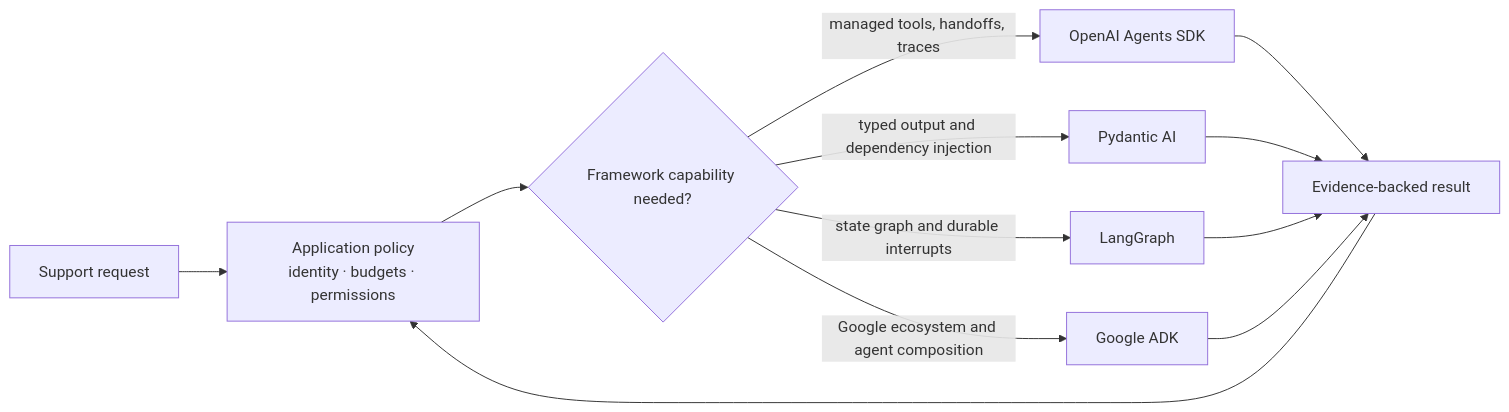
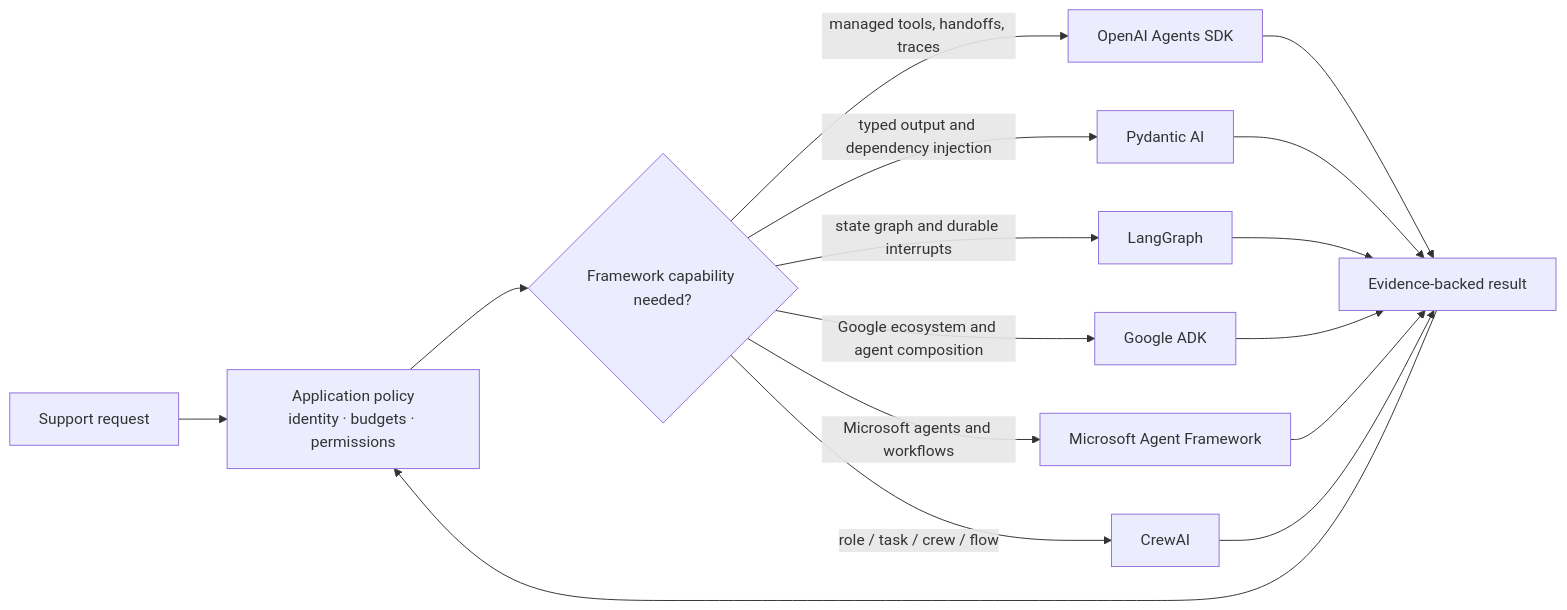
One commit to mahsa-teimourikia/awesome-ai-agents changed the diagram in curriculum/beginner/04-agent-development-frameworks/README.md. Above: the diagram before and after it, drawn with Mermaid. The commit also changed other lines of this file and 4 other files, not shown here.

Commit message:
Add Microsoft Agent Framework and CrewAI courses

````diff
--- a/curriculum/beginner/04-agent-development-frameworks/README.md
+++ b/curriculum/beginner/04-agent-development-frameworks/README.md
@@ -13,14 +13,18 @@
 ```mermaid
 flowchart LR
     U["Support request"] --> P["Application policy<br/>identity · budgets · permissions"]
     P --> F{"Framework capability needed?"}
     F -->|"managed tools, handoffs, traces"| O["OpenAI Agents SDK"]
     F -->|"typed output and dependency injection"| PY["Pydantic AI"]
     F -->|"state graph and durable interrupts"| LG["LangGraph"]
     F -->|"Google ecosystem and agent composition"| ADK["Google ADK"]
+    F -->|"Microsoft agents and workflows"| MAF["Microsoft Agent Framework"]
+    F -->|"role / task / crew / flow"| CR["CrewAI"]
     O --> E["Evidence-backed result"]
     PY --> E
     LG --> E
     ADK --> E
+    MAF --> E
+    CR --> E
     E --> P
 ```
````
